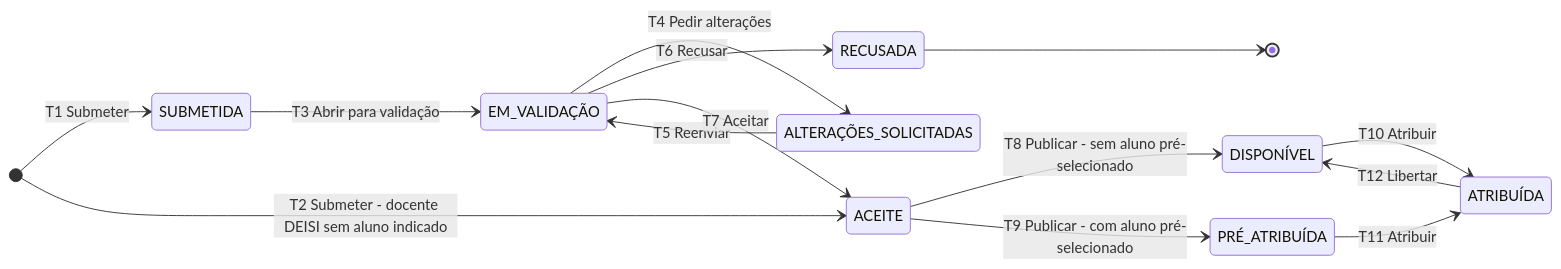
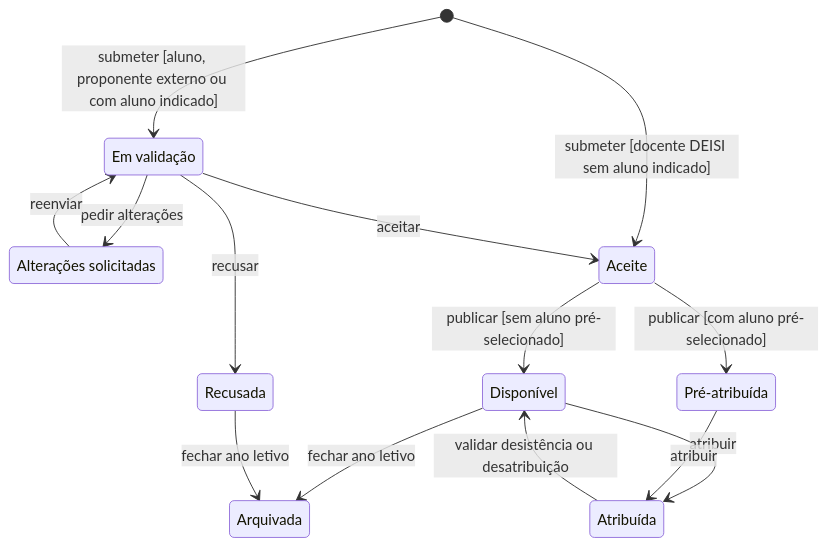
The first of 7 diagrams in processos.md (ULHT-TFC-new/tfc-reporting-DEISI2256), drawn with Mermaid before and after one commit. The commit also changed other lines of this file, not shown here.

````diff
--- a/processos.md
+++ b/processos.md
@@ -199,23 +113,24 @@
 ```mermaid
 stateDiagram-v2
-    direction LR
-    state "EM_VALIDAÇÃO" as EM_VALIDACAO
-    state "ALTERAÇÕES_SOLICITADAS" as ALTERACOES_SOLICITADAS
-    state "DISPONÍVEL" as DISPONIVEL
-    state "PRÉ_ATRIBUÍDA" as PRE_ATRIBUIDA
-    state "ATRIBUÍDA" as ATRIBUIDA
-
-    [*] --> SUBMETIDA: T1 Submeter
-    [*] --> ACEITE: T2 Submeter - docente DEISI sem aluno indicado
-    SUBMETIDA --> EM_VALIDACAO: T3 Abrir para validação
-    EM_VALIDACAO --> ALTERACOES_SOLICITADAS: T4 Pedir alterações
-    ALTERACOES_SOLICITADAS --> EM_VALIDACAO: T5 Reenviar
-    EM_VALIDACAO --> RECUSADA: T6 Recusar
-    EM_VALIDACAO --> ACEITE: T7 Aceitar
-    ACEITE --> DISPONIVEL: T8 Publicar - sem aluno pré-selecionado
-    ACEITE --> PRE_ATRIBUIDA: T9 Publicar - com aluno pré-selecionado
-    DISPONIVEL --> ATRIBUIDA: T10 Atribuir
-    PRE_ATRIBUIDA --> ATRIBUIDA: T11 Atribuir
-    ATRIBUIDA --> DISPONIVEL: T12 Libertar
-    RECUSADA --> [*]
+    state "Em validação" as EM_VALIDACAO
+    state "Alterações solicitadas" as ALTERACOES
+    state "Aceite" as ACEITE
+    state "Recusada" as RECUSADA
+    state "Disponível" as DISPONIVEL
+    state "Pré-atribuída" as PRE_ATRIBUIDA
+    state "Atribuída" as ATRIBUIDA
+    state "Arquivada" as ARQUIVADA
+    [*] --> EM_VALIDACAO : submeter [aluno, proponente externo ou com aluno indicado]
+    [*] --> ACEITE : submeter [docente DEISI sem aluno indicado]
+    EM_VALIDACAO --> ALTERACOES : pedir alterações
+    ALTERACOES --> EM_VALIDACAO : reenviar
+    EM_VALIDACAO --> RECUSADA : recusar
+    EM_VALIDACAO --> ACEITE : aceitar
+    ACEITE --> DISPONIVEL : publicar [sem aluno pré-selecionado]
+    ACEITE --> PRE_ATRIBUIDA : publicar [com aluno pré-selecionado]
+    DISPONIVEL --> ATRIBUIDA : atribuir
+    PRE_ATRIBUIDA --> ATRIBUIDA : atribuir
+    ATRIBUIDA --> DISPONIVEL : validar desistência ou desatribuição
+    DISPONIVEL --> ARQUIVADA : fechar ano letivo
+    RECUSADA --> ARQUIVADA : fechar ano letivo
 ```
````
